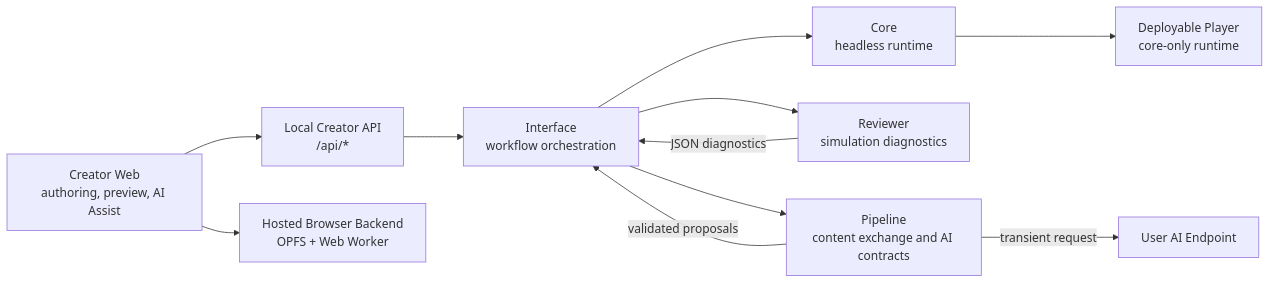
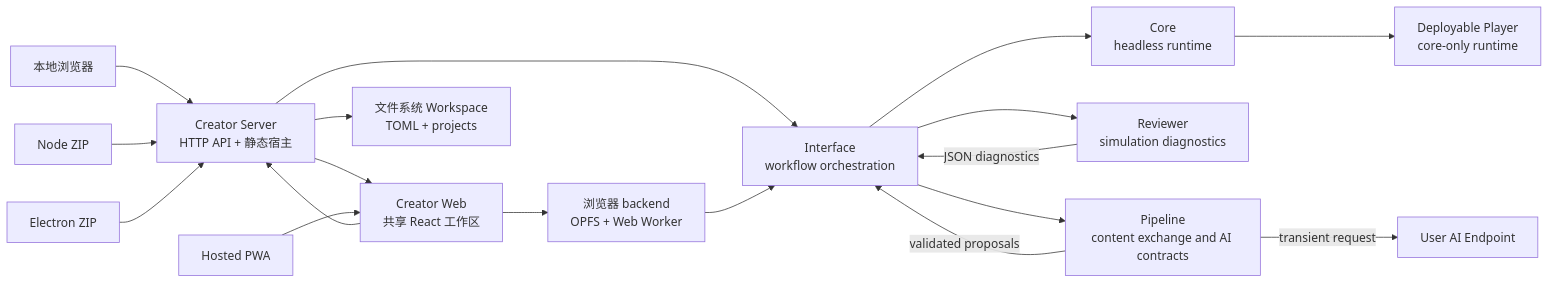
The first of 2 diagrams in README_zh-CN.md (Sisyphe42/ReignsAgent), drawn with Mermaid before and after one commit. The commit also changed other lines of this file and 3 other files, not shown here.

````diff
--- a/README_zh-CN.md
+++ b/README_zh-CN.md
@@ -116,23 +120,34 @@
 ```mermaid
 flowchart LR
-  creator["Creator Web<br/>authoring, preview, AI Assist"]
-  api["Local Creator API<br/>/api/*"]
+  local["本地浏览器"]
+  nodeZip["Node ZIP"]
+  electron["Electron ZIP"]
+  hosted["Hosted PWA"]
+  creator["Creator Web<br/>共享 React 工作区"]
+  server["Creator Server<br/>HTTP API + 静态宿主"]
+  fileWorkspace["文件系统 Workspace<br/>TOML + projects"]
+  browserBackend["浏览器 backend<br/>OPFS + Web Worker"]
   interface["Interface<br/>workflow orchestration"]
   pipeline["Pipeline<br/>content exchange and AI contracts"]
   reviewer["Reviewer<br/>simulation diagnostics"]
   core["Core<br/>headless runtime"]
   player["Deployable Player<br/>core-only runtime"]
   provider["User AI Endpoint"]
-  browserBackend["Hosted Browser Backend<br/>OPFS + Web Worker"]
-
-  creator --> api
+  local --> server
+  nodeZip --> server
+  electron --> server
+  server --> creator
+  server --> fileWorkspace
+  hosted --> creator
   creator --> browserBackend
-  api --> interface
+  creator --> server
+  server --> interface
+  browserBackend --> interface
   interface --> core
   interface --> reviewer
   interface --> pipeline
   pipeline -->|"transient request"| provider
   reviewer -->|"JSON diagnostics"| interface
   pipeline -->|"validated proposals"| interface
   core --> player
 ```
````
